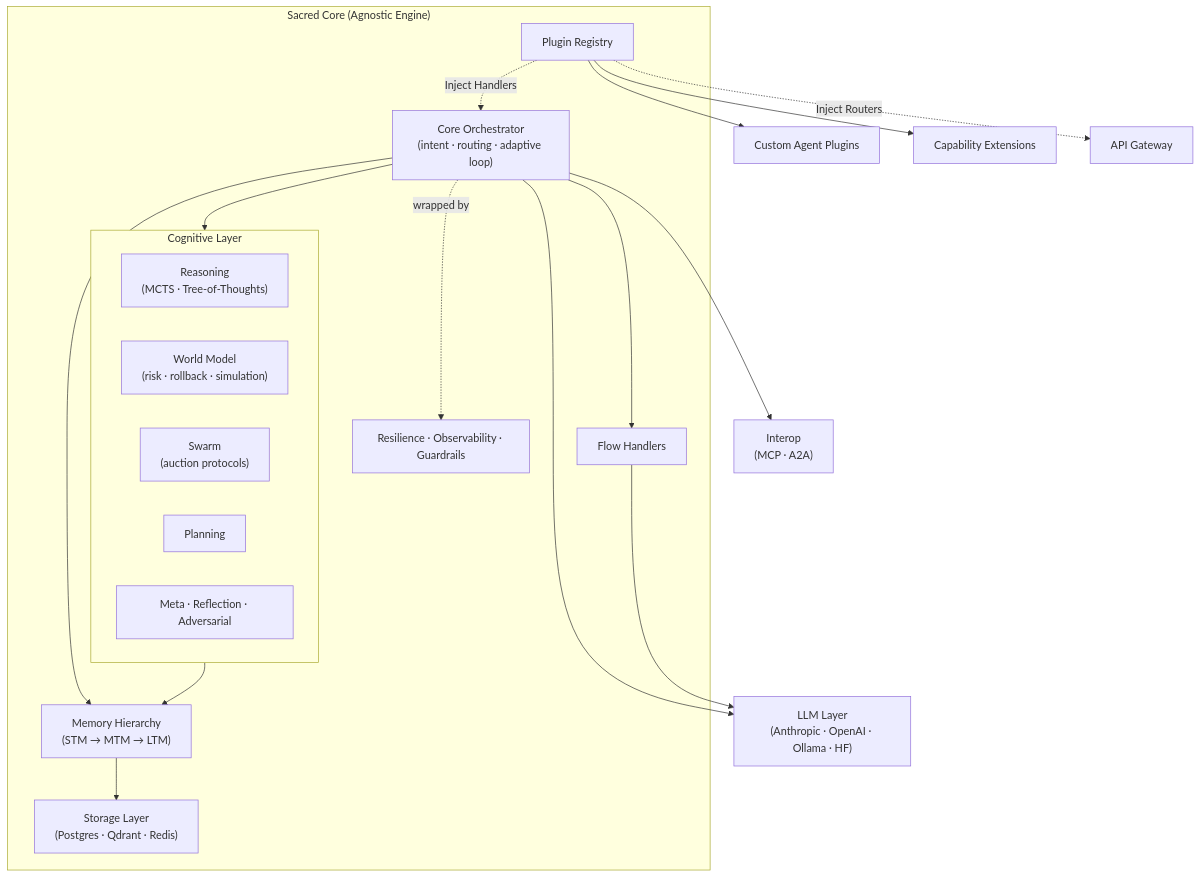
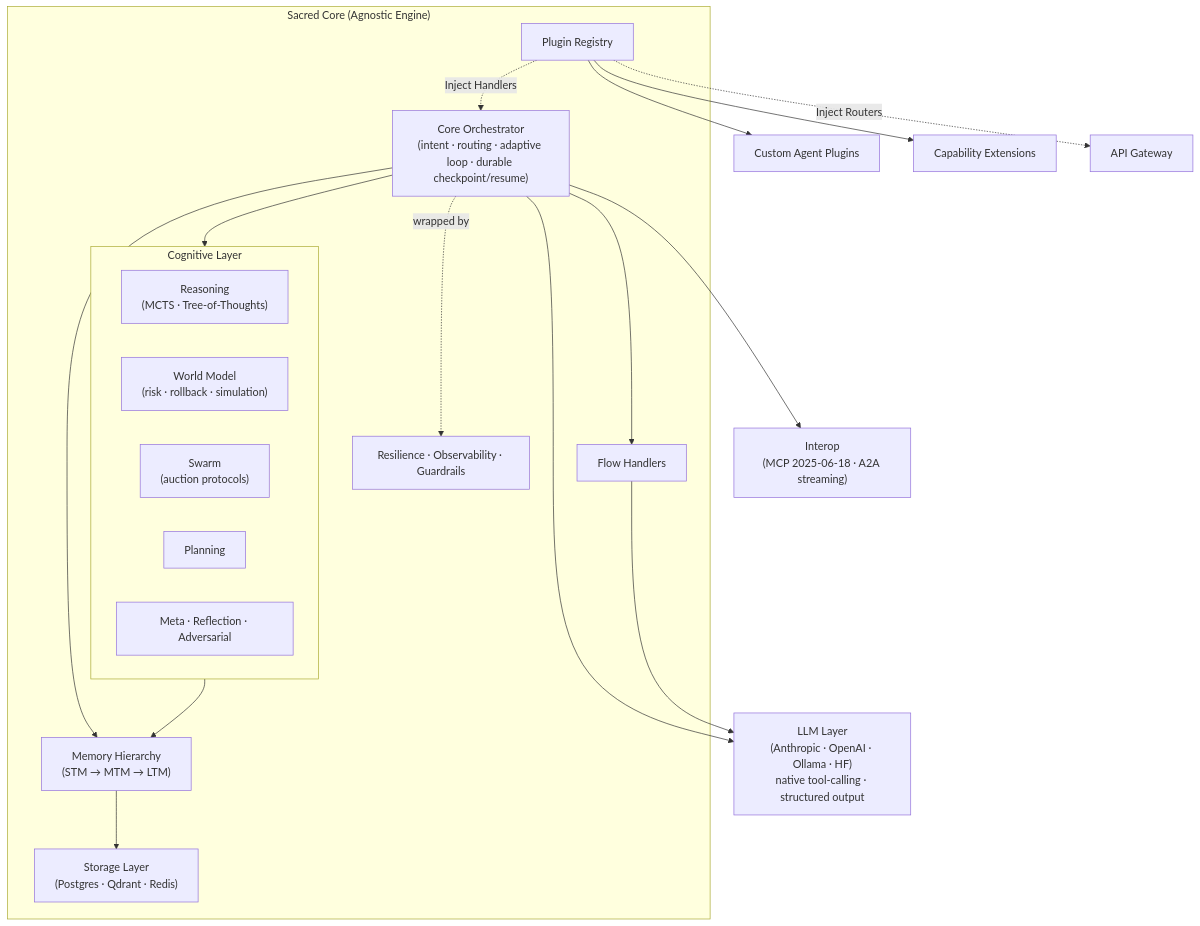
Before and after one commit to baselithcore/baselithcore: the diagram in README.md, drawn with Mermaid. The commit also changed other lines of this file and 4 other files, not shown here.

````diff
--- a/README.md
+++ b/README.md
@@ -48,37 +48,37 @@
 ```mermaid
 graph TD
     subgraph SC["Sacred Core (Agnostic Engine)"]
-        A["Core Orchestrator<br/>(intent · routing · adaptive loop)"]
+        A["Core Orchestrator<br/>(intent · routing · adaptive loop · durable checkpoint/resume)"]
         F["Flow Handlers"]
 
         subgraph COG["Cognitive Layer"]
             RE["Reasoning<br/>(MCTS · Tree-of-Thoughts)"]
             WM["World Model<br/>(risk · rollback · simulation)"]
             SW["Swarm<br/>(auction protocols)"]
             PL["Planning"]
             MT["Meta · Reflection · Adversarial"]
         end
 
         M["Memory Hierarchy<br/>(STM → MTM → LTM)"]
         S["Storage Layer<br/>(Postgres · Qdrant · Redis)"]
         R["Plugin Registry"]
         RES["Resilience · Observability · Guardrails"]
     end
 
     A --> COG
     A --> F
     A --> M
     M --> S
     COG --> M
 
     R --> C["Custom Agent Plugins"]
     R --> D["Capability Extensions"]
     R -.->|Inject Handlers| A
     R -.->|Inject Routers| G["API Gateway"]
 
-    A --> H["LLM Layer<br/>(Anthropic · OpenAI · Ollama · HF)"]
+    A --> H["LLM Layer<br/>(Anthropic · OpenAI · Ollama · HF)<br/>native tool-calling · structured output"]
     F --> H
 
-    A --> I["Interop<br/>(MCP · A2A)"]
+    A --> I["Interop<br/>(MCP 2025-06-18 · A2A streaming)"]
     A -.->|wrapped by| RES
 ```
````
